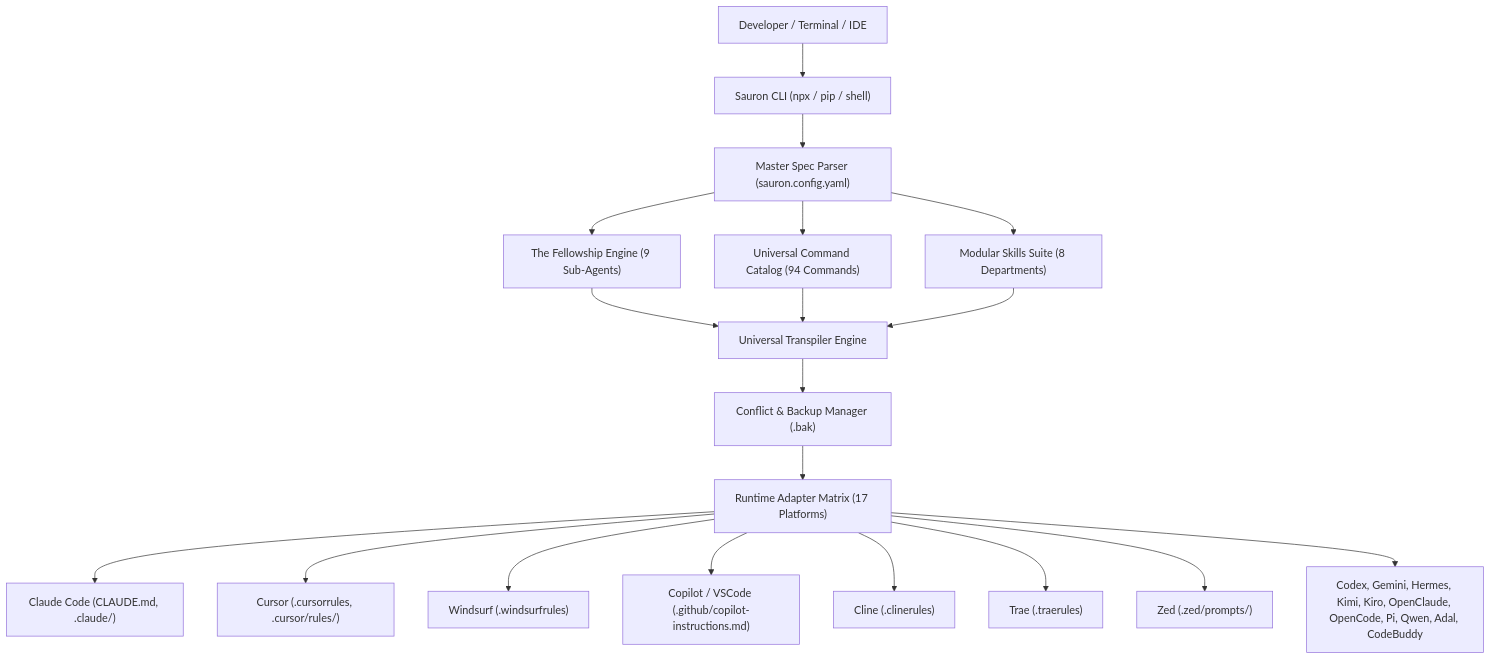
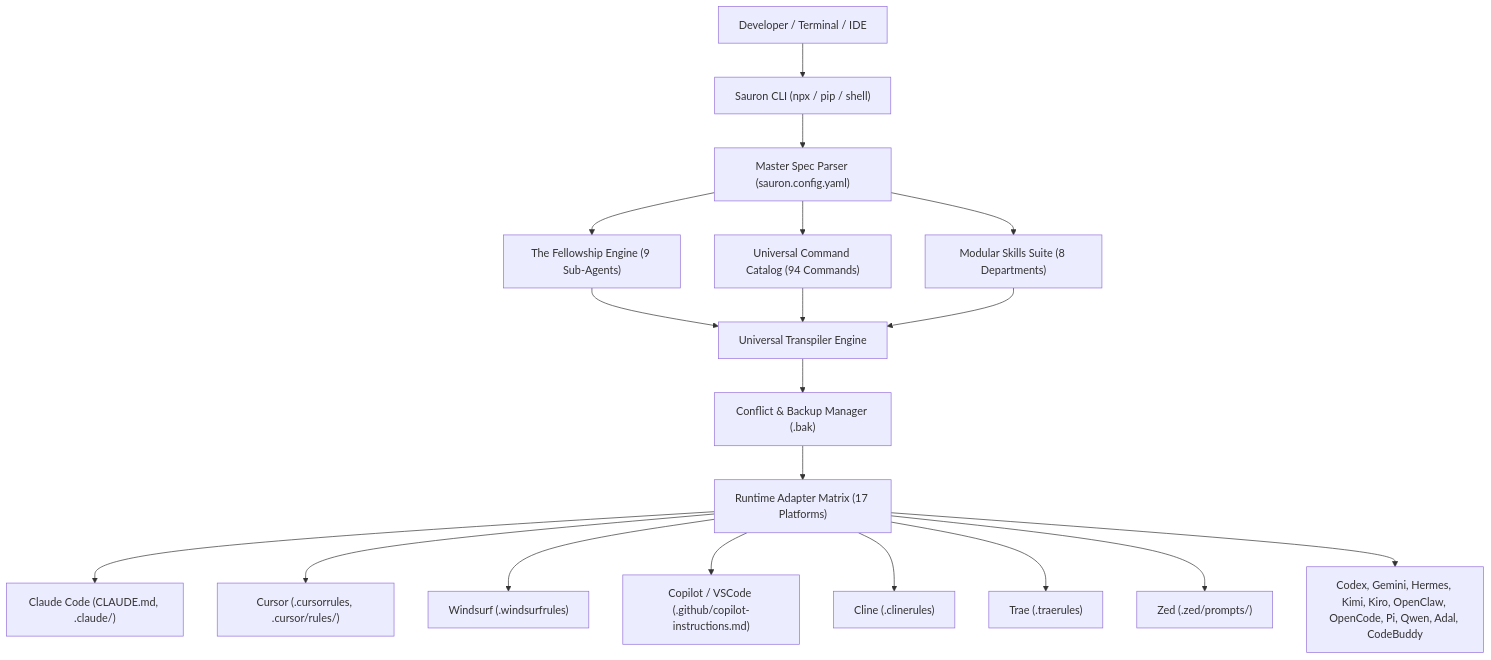
Before and after one commit to iging/sauron: the diagram in .agents/context/system-architecture.md, drawn with Mermaid. The commit also changed other lines of this file and 434 other files, not shown here.

````diff
--- a/.agents/context/system-architecture.md
+++ b/.agents/context/system-architecture.md
@@ -13,21 +13,21 @@
 ```mermaid
 graph TD
   User["Developer / Terminal / IDE"] --> CLI["Sauron CLI (npx / pip / shell)"]
   CLI --> ConfigParser["Master Spec Parser (sauron.config.yaml)"]
   ConfigParser --> FellowshipRouter["The Fellowship Engine (9 Sub-Agents)"]
   ConfigParser --> CommandCatalog["Universal Command Catalog (94 Commands)"]
   ConfigParser --> SkillSuite["Modular Skills Suite (8 Departments)"]
   FellowshipRouter --> Transpiler["Universal Transpiler Engine"]
   CommandCatalog --> Transpiler
   SkillSuite --> Transpiler
   Transpiler --> ConflictMgr["Conflict & Backup Manager (.bak)"]
   ConflictMgr --> Adapters["Runtime Adapter Matrix (17 Platforms)"]
   Adapters --> OutClaude["Claude Code (CLAUDE.md, .claude/)"]
   Adapters --> OutCursor["Cursor (.cursorrules, .cursor/rules/)"]
   Adapters --> OutWindsurf["Windsurf (.windsurfrules)"]
   Adapters --> OutCopilot["Copilot / VSCode (.github/copilot-instructions.md)"]
   Adapters --> OutCline["Cline (.clinerules)"]
   Adapters --> OutTrae["Trae (.traerules)"]
   Adapters --> OutZed["Zed (.zed/prompts/)"]
-  Adapters --> OutOthers["Codex, Gemini, Hermes, Kimi, Kiro, OpenClaude, OpenCode, Pi, Qwen, Adal, CodeBuddy"]
+  Adapters --> OutOthers["Codex, Gemini, Hermes, Kimi, Kiro, OpenClaw, OpenCode, Pi, Qwen, Adal, CodeBuddy"]
 ```
````
